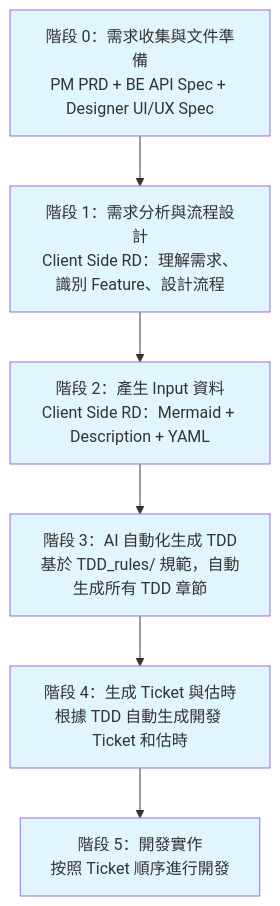
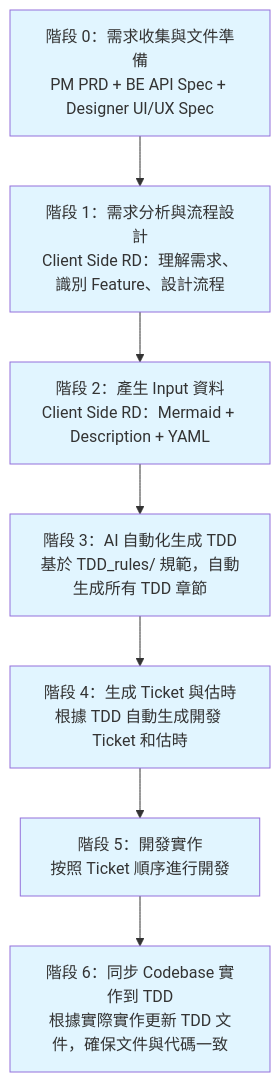
The first of 2 diagrams in output/LiveChat&PrematchComment/01_TDD_生成工作流程.md (HsinChungHan/Ex-TDDToIn-TDD), drawn with Mermaid before and after one commit. The commit also changed other lines of this file, not shown here.

Commit message:
Add Stage 6: Sync codebase implementation to TDD in workflow overview

````diff
--- a/output/LiveChat&PrematchComment/01_TDD_生成工作流程.md
+++ b/output/LiveChat&PrematchComment/01_TDD_生成工作流程.md
@@ -22,15 +23,17 @@
 ```mermaid
 flowchart TD
     A[階段 0：需求收集與文件準備<br/>PM PRD + BE API Spec + Designer UI/UX Spec] --> B[階段 1：需求分析與流程設計<br/>Client Side RD：理解需求、識別 Feature、設計流程]
     B --> C[階段 2：產生 Input 資料<br/>Client Side RD：Mermaid + Description + YAML]
     C --> D[階段 3：AI 自動化生成 TDD<br/>基於 TDD_rules/ 規範，自動生成所有 TDD 章節]
     D --> E[階段 4：生成 Ticket 與估時<br/>根據 TDD 自動生成開發 Ticket 和估時]
     E --> F[階段 5：開發實作<br/>按照 Ticket 順序進行開發]
+    F --> G[階段 6：同步 Codebase 實作到 TDD<br/>根據實際實作更新 TDD 文件，確保文件與代碼一致]
     
     style A fill:#e1f5ff
     style B fill:#e1f5ff
     style C fill:#e1f5ff
     style D fill:#e1f5ff
     style E fill:#e1f5ff
     style F fill:#e1f5ff
+    style G fill:#e1f5ff
 ```
````
